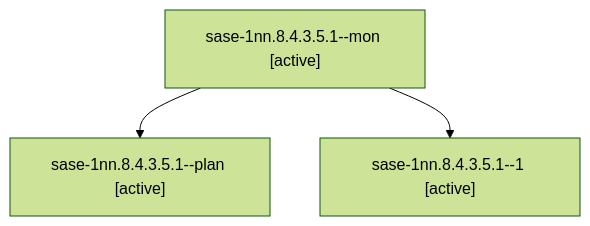
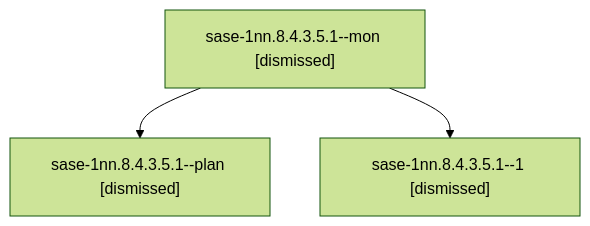
The diagram in sessions/bbugyi200.athena.sase-1nn.8.4.3.5.1.md (sase-org/sase--agents), drawn with Mermaid (forest theme) before and after one commit. The commit also changed other lines of this file and 188 other files, not shown here.

````diff
--- a/sessions/bbugyi200.athena.sase-1nn.8.4.3.5.1.md
+++ b/sessions/bbugyi200.athena.sase-1nn.8.4.3.5.1.md
@@ -9,8 +9,8 @@
 ```mermaid
 flowchart TD
-  n0["sase-1nn.8.4.3.5.1--mon [active]"]
-  n1["sase-1nn.8.4.3.5.1--plan [active]"]
+  n0["sase-1nn.8.4.3.5.1--mon [dismissed]"]
+  n1["sase-1nn.8.4.3.5.1--plan [dismissed]"]
   n0 --> n1
-  n2["sase-1nn.8.4.3.5.1--1 [active]"]
+  n2["sase-1nn.8.4.3.5.1--1 [dismissed]"]
   n0 --> n2
 ```
````
